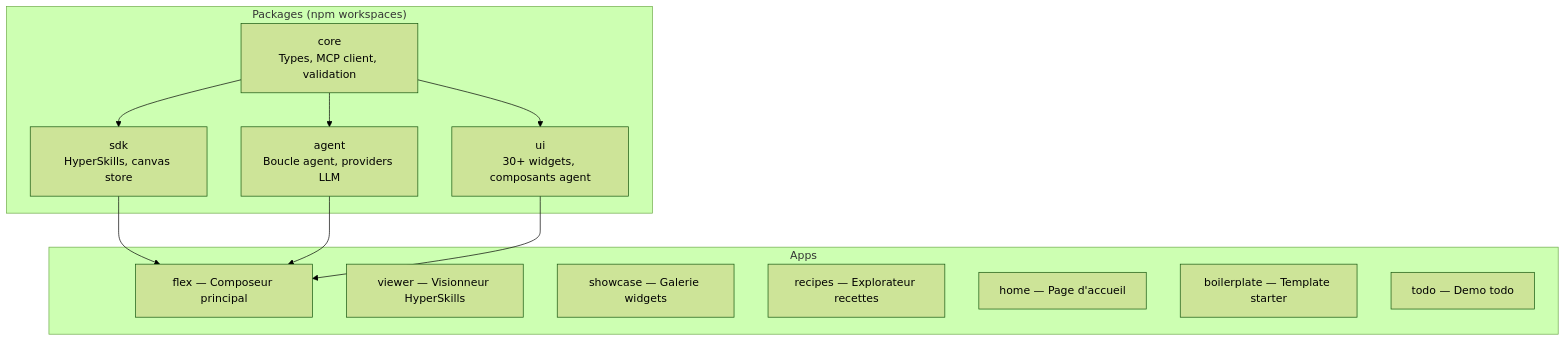
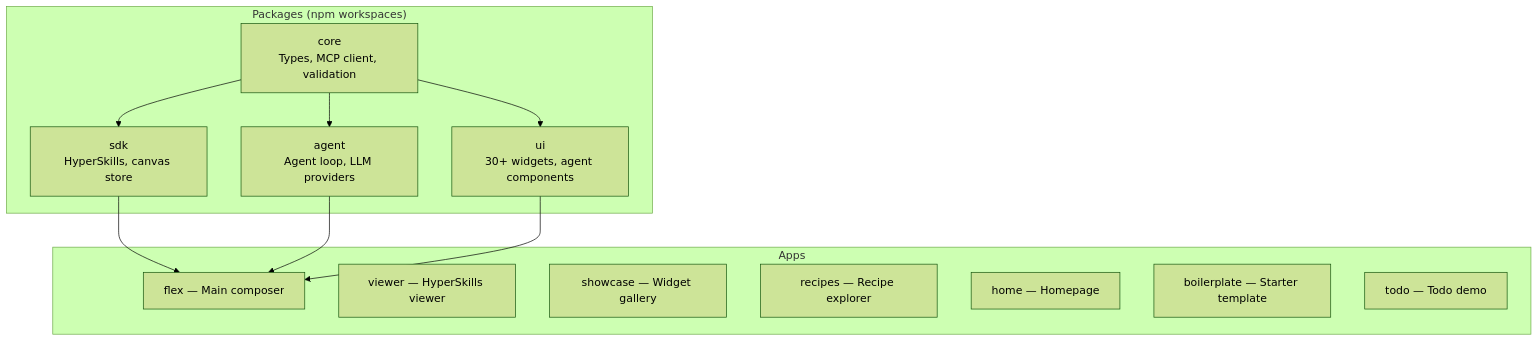
One commit to jeanbaptiste/webmcp-auto-ui changed the diagram in docs/starlight/src/content/docs/guide/contributing.mdx. Above: the diagram before and after it, drawn with Mermaid (forest theme). The commit also changed other lines of this file and 94 other files, not shown here.

````diff
--- a/docs/starlight/src/content/docs/guide/contributing.mdx
+++ b/docs/starlight/src/content/docs/guide/contributing.mdx
@@ -12,26 +12,26 @@
 ```mermaid
 graph TD
     subgraph "Packages (npm workspaces)"
         CORE["core<br/>Types, MCP client, validation"]
         SDK["sdk<br/>HyperSkills, canvas store"]
-        AGENT["agent<br/>Boucle agent, providers LLM"]
-        UI["ui<br/>30+ widgets, composants agent"]
+        AGENT["agent<br/>Agent loop, LLM providers"]
+        UI["ui<br/>30+ widgets, agent components"]
     end
 
     subgraph "Apps"
-        FLEX[flex — Composeur principal]
-        VIEWER[viewer — Visionneur HyperSkills]
-        SHOWCASE[showcase — Galerie widgets]
-        RECIPES[recipes — Explorateur recettes]
-        HOME[home — Page d'accueil]
-        BOILER[boilerplate — Template starter]
-        TODO[todo — Demo todo]
+        FLEX[flex — Main composer]
+        VIEWER[viewer — HyperSkills viewer]
+        SHOWCASE[showcase — Widget gallery]
+        RECIPES[recipes — Recipe explorer]
+        HOME[home — Homepage]
+        BOILER[boilerplate — Starter template]
+        TODO[todo — Todo demo]
     end
 
     CORE --> SDK
     CORE --> AGENT
     CORE --> UI
     SDK --> FLEX
     AGENT --> FLEX
     UI --> FLEX
 ```
````
